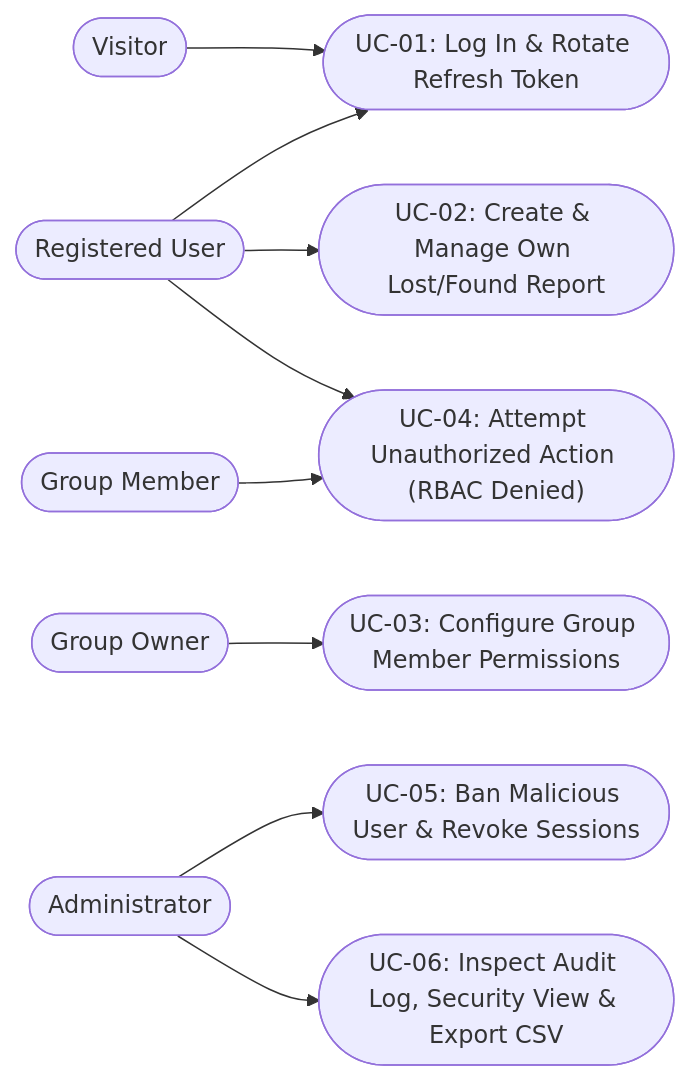
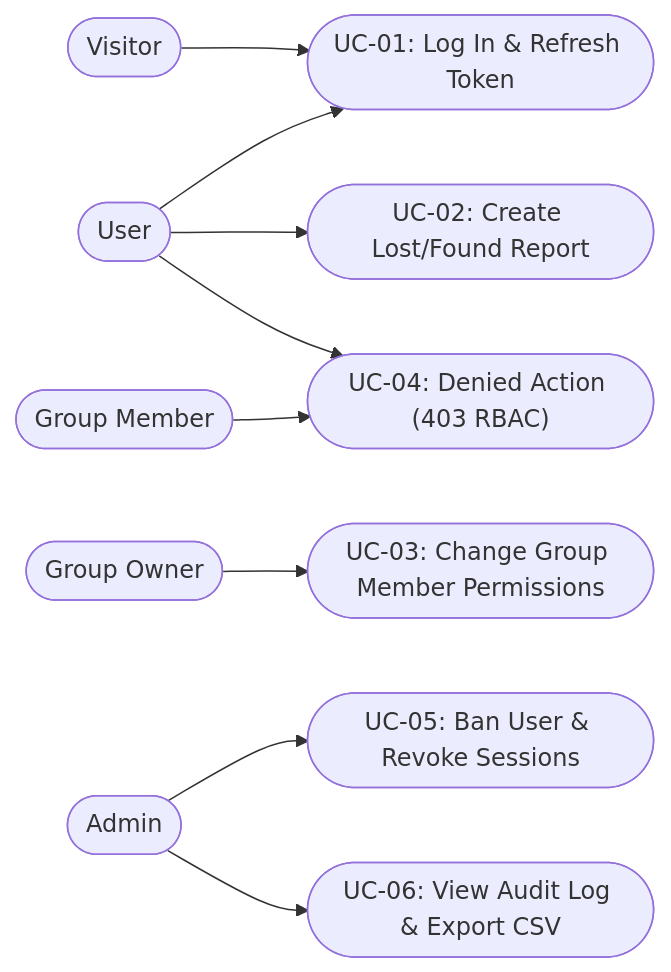
One commit to Ishmam2001/saaa changed the first of 7 diagrams in docs/FINAL_REPORT.md. Above: the diagram before and after it, drawn with Mermaid. The commit also changed other lines of this file, not shown here.

````diff
--- a/docs/FINAL_REPORT.md
+++ b/docs/FINAL_REPORT.md
@@ -318,24 +247,24 @@
 ```mermaid
 flowchart LR
     Visitor(["Visitor"])
-    User(["Registered User"])
-    GMember(["Group Member"])
-    GOwner(["Group Owner"])
-    Admin(["Administrator"])
+    User(["User"])
+    Member(["Group Member"])
+    Owner(["Group Owner"])
+    Admin(["Admin"])
 
-    UC1(["UC-01: Log In & Rotate Refresh Token"])
-    UC2(["UC-02: Create & Manage Own Lost/Found Report"])
-    UC3(["UC-03: Configure Group Member Permissions"])
-    UC4(["UC-04: Attempt Unauthorized Action (RBAC Denied)"])
-    UC5(["UC-05: Ban Malicious User & Revoke Sessions"])
-    UC6(["UC-06: Inspect Audit Log, Security View & Export CSV"])
+    UC1(["UC-01: Log In & Refresh Token"])
+    UC2(["UC-02: Create Lost/Found Report"])
+    UC3(["UC-03: Change Group Member Permissions"])
+    UC4(["UC-04: Denied Action (403 RBAC)"])
+    UC5(["UC-05: Ban User & Revoke Sessions"])
+    UC6(["UC-06: View Audit Log & Export CSV"])
 
     Visitor --> UC1
     User --> UC1
     User --> UC2
     User --> UC4
-    GMember --> UC4
-    GOwner --> UC3
+    Member --> UC4
+    Owner --> UC3
     Admin --> UC5
     Admin --> UC6
 ```
````
